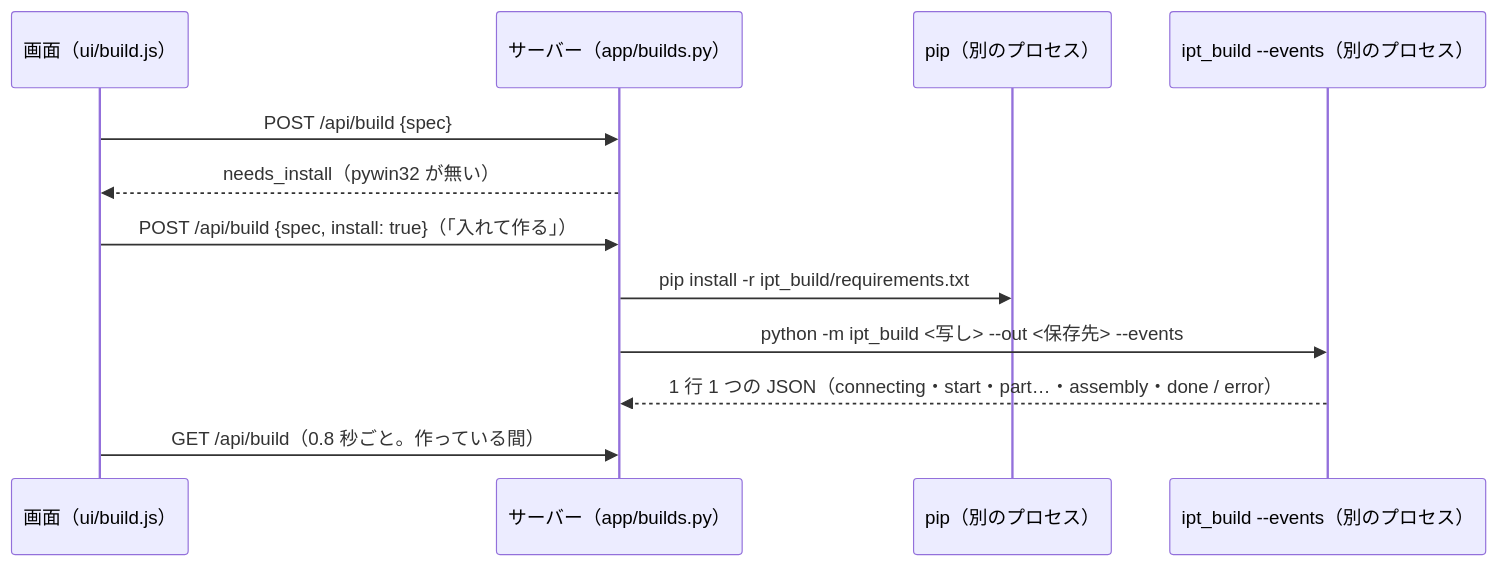
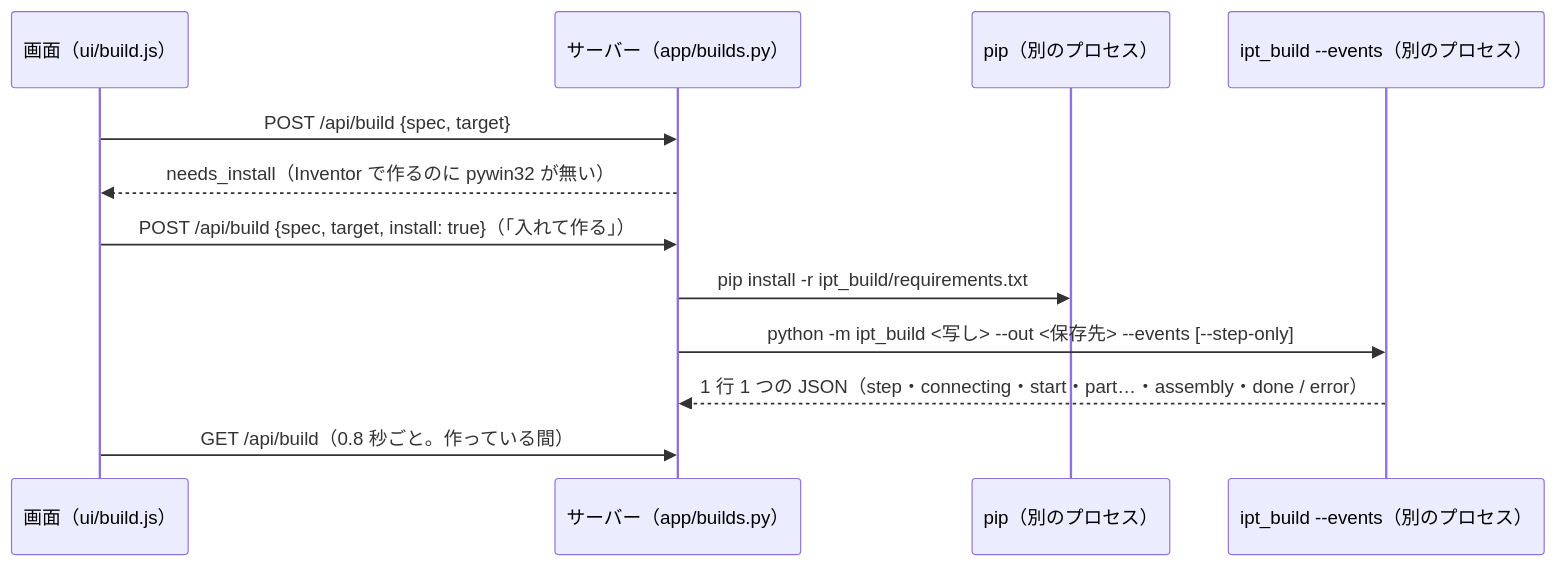
One commit to satoshi-hello-vlioilv/Inventor changed the third of 4 diagrams in docs/app-architecture.md. Above: the diagram before and after it, drawn with Mermaid. The commit also changed other lines of this file and 44 other files, not shown here.

````diff
--- a/docs/app-architecture.md
+++ b/docs/app-architecture.md
@@ -367,14 +375,14 @@
 ```mermaid
 sequenceDiagram
   participant A as 画面（ui/build.js）
   participant S as サーバー（app/builds.py）
   participant P as pip（別のプロセス）
   participant B as ipt_build --events（別のプロセス）
-  A->>S: POST /api/build {spec}
-  S-->>A: needs_install（pywin32 が無い）
-  A->>S: POST /api/build {spec, install: true}（「入れて作る」）
+  A->>S: POST /api/build {spec, target}
+  S-->>A: needs_install（Inventor で作るのに pywin32 が無い）
+  A->>S: POST /api/build {spec, target, install: true}（「入れて作る」）
   S->>P: pip install -r ipt_build/requirements.txt
-  S->>B: python -m ipt_build <写し> --out <保存先> --events
-  B-->>S: 1 行 1 つの JSON（connecting・start・part…・assembly・done / error）
+  S->>B: python -m ipt_build <写し> --out <保存先> --events [--step-only]
+  B-->>S: 1 行 1 つの JSON（step・connecting・start・part…・assembly・done / error）
   A->>S: GET /api/build（0.8 秒ごと。作っている間）
 ```
````
